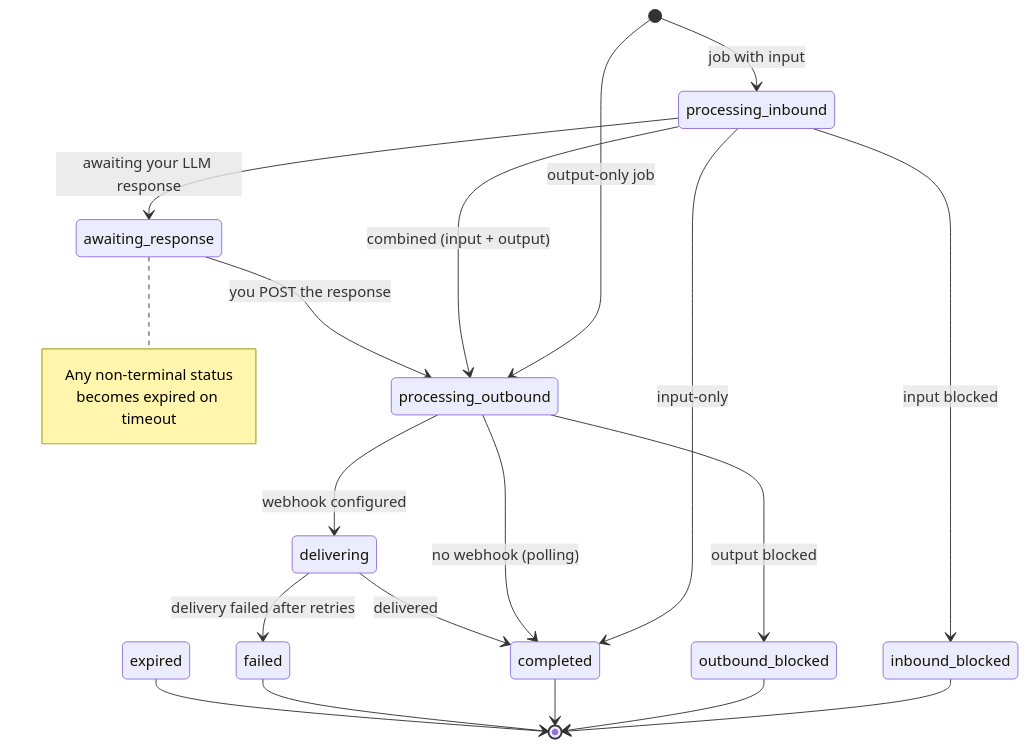
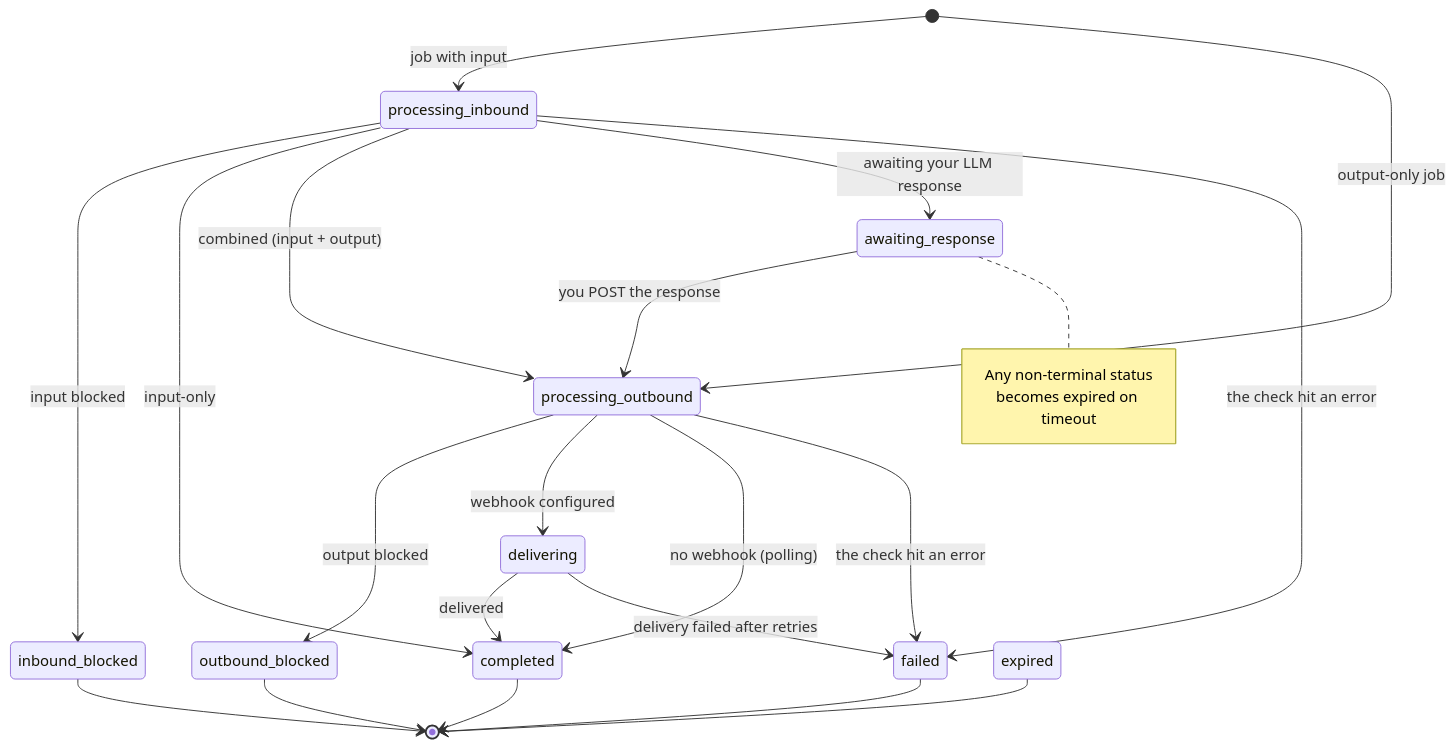
Before and after one commit to CollieAi/llm-firewall: the diagram in docs/async-jobs/job-lifecycle.md, drawn with Mermaid. The commit also changed other lines of this file and 1 other file, not shown here.

Commit message:
docs(jobs): failed and expired are not a verdict — a job fails on a check error too, and allowed can still be true

````diff
--- a/docs/async-jobs/job-lifecycle.md
+++ b/docs/async-jobs/job-lifecycle.md
@@ -15,24 +15,26 @@
 ```mermaid
 stateDiagram-v2
     [*] --> processing_inbound: job with input
     [*] --> processing_outbound: output-only job
     processing_inbound --> inbound_blocked: input blocked
     processing_inbound --> completed: input-only
     processing_inbound --> processing_outbound: combined (input + output)
     processing_inbound --> awaiting_response: awaiting your LLM response
+    processing_inbound --> failed: the check hit an error
     awaiting_response --> processing_outbound: you POST the response
     processing_outbound --> outbound_blocked: output blocked
     processing_outbound --> delivering: webhook configured
     processing_outbound --> completed: no webhook (polling)
+    processing_outbound --> failed: the check hit an error
     delivering --> completed: delivered
     delivering --> failed: delivery failed after retries
     inbound_blocked --> [*]
     outbound_blocked --> [*]
     completed --> [*]
     failed --> [*]
     expired --> [*]
     note right of awaiting_response
         Any non-terminal status
         becomes expired on timeout
     end note
 ```
````
